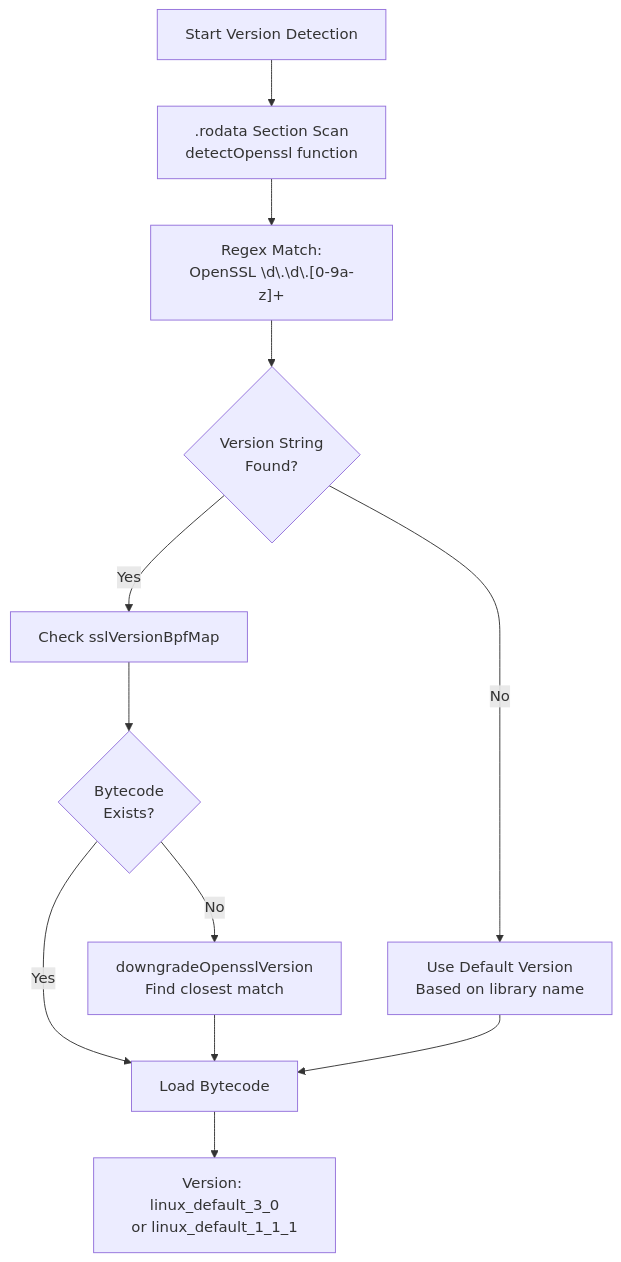
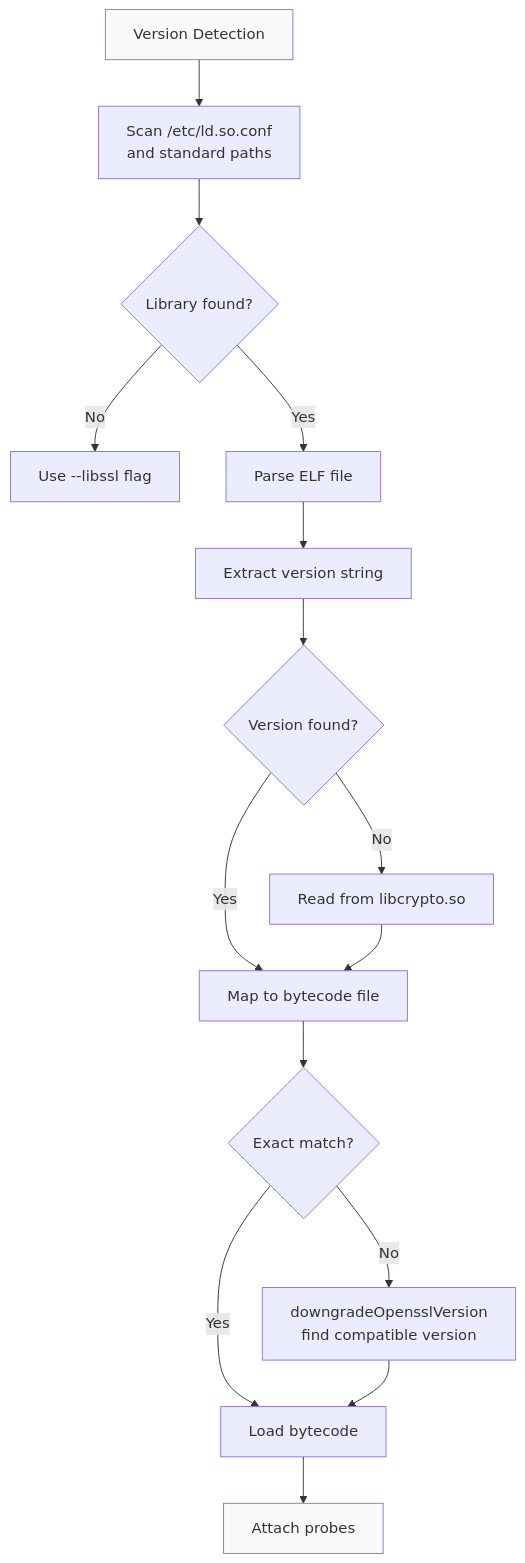
Before and after one commit to gojue/ecapture.cc: the third of 10 diagrams in src/en/6-troubleshooting-and-faq/index.md, drawn with Mermaid. The commit also changed other lines of this file and 115 other files, not shown here.

````diff
--- a/src/en/6-troubleshooting-and-faq/index.md
+++ b/src/en/6-troubleshooting-and-faq/index.md
@@ -202,25 +151,20 @@
 ```mermaid
 graph TB
-    START["Start Version Detection"]
-    SCAN[".rodata Section Scan<br/>detectOpenssl function"]
-    REGEX["Regex Match:<br/>OpenSSL \d\.\d\.[0-9a-z]+"]
-    FOUND{"Version String<br/>Found?"}
-    MAP["Check sslVersionBpfMap"]
-    BYTECODE{"Bytecode<br/>Exists?"}
-    DOWNGRADE["downgradeOpensslVersion<br/>Find closest match"]
-    DEFAULT["Use Default Version<br/>Based on library name"]
-    LOAD["Load Bytecode"]
+    Start["Version Detection"] --> DetectPath["Scan /etc/ld.so.conf<br/>and standard paths"]
+    DetectPath --> FindLib{Library found?}
+    FindLib -->|No| ManualPath["Use --libssl flag"]
+    FindLib -->|Yes| ParseELF["Parse ELF file"]
+    ParseELF --> ExtractVer["Extract version string"]
+    ExtractVer --> FoundVer{Version found?}
+    FoundVer -->|No| ReadCrypto["Read from libcrypto.so"]
+    FoundVer -->|Yes| MapBytecode["Map to bytecode file"]
+    ReadCrypto --> MapBytecode
+    MapBytecode --> CheckMap{Exact match?}
+    CheckMap -->|No| Downgrade["downgradeOpensslVersion<br/>find compatible version"]
+    CheckMap -->|Yes| LoadBytecode["Load bytecode"]
+    Downgrade --> LoadBytecode
+    LoadBytecode --> Success["Attach probes"]
     
-    START --> SCAN
-    SCAN --> REGEX
-    REGEX --> FOUND
-    FOUND -->|Yes| MAP
-    FOUND -->|No| DEFAULT
-    MAP --> BYTECODE
-    BYTECODE -->|Yes| LOAD
-    BYTECODE -->|No| DOWNGRADE
-    DOWNGRADE --> LOAD
-    DEFAULT --> LOAD
-    
-    LOAD --> END["Version: linux_default_3_0<br/>or linux_default_1_1_1"]
+    style Start fill:#f9f9f9
+    style Success fill:#f9f9f9
 ```
````
